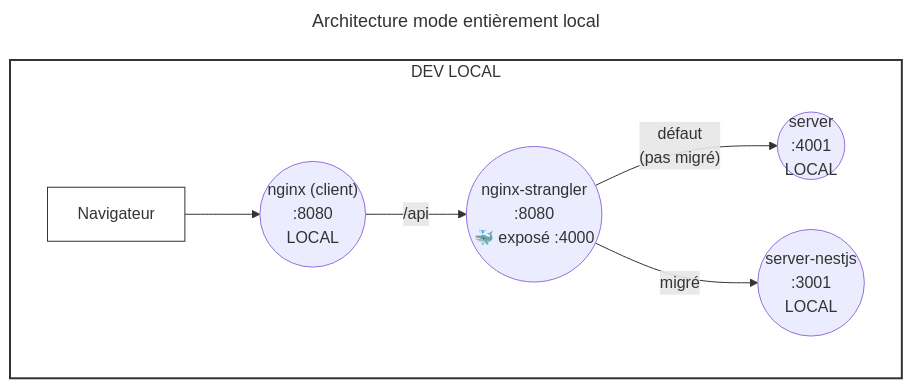
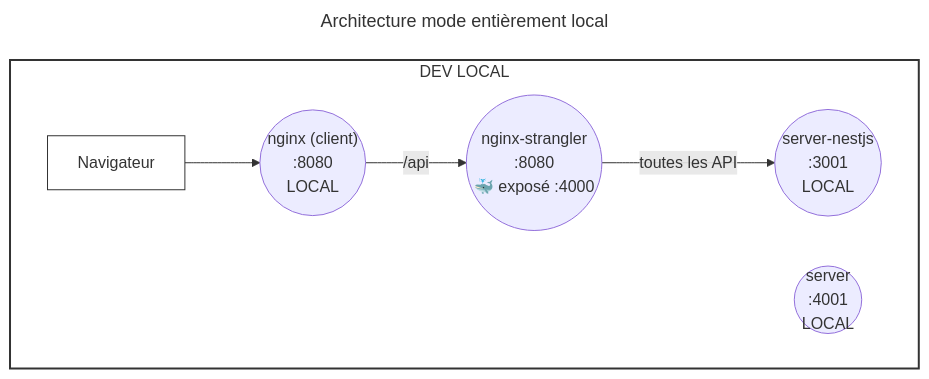
The first of 2 diagrams in ENVIRONMENTS.md (cloud-pi-native/console), drawn with Mermaid before and after one commit. The commit also changed other lines of this file and 7 other files, not shown here.

````diff
--- a/ENVIRONMENTS.md
+++ b/ENVIRONMENTS.md
@@ -66,23 +67,22 @@
 ```mermaid
 ---
 title: Architecture mode entièrement local
 ---
 graph LR
 
   subgraph DEV_LOCAL["DEV LOCAL"]
     direction LR
     NAV_L["Navigateur"]
     NGINX_L(("nginx (client)\n:8080\nLOCAL"))
     STRANGLER_L(("nginx-strangler\n:8080\n🐳 exposé :4000"))
     SERVER_L(("server\n:4001\nLOCAL"))
     NESTJS_L(("server-nestjs\n:3001\nLOCAL"))
 
     NAV_L --> NGINX_L
     NGINX_L -- "/api" --> STRANGLER_L
-    STRANGLER_L -- "défaut\n(pas migré)" --> SERVER_L
-    STRANGLER_L -- "migré" --> NESTJS_L
+    STRANGLER_L -- "toutes les API" --> NESTJS_L
   end
 
   style DEV_LOCAL fill:#fff,stroke:#333,stroke-width:2px
   style NAV_L fill:#fff,stroke:#333
 ```
````
